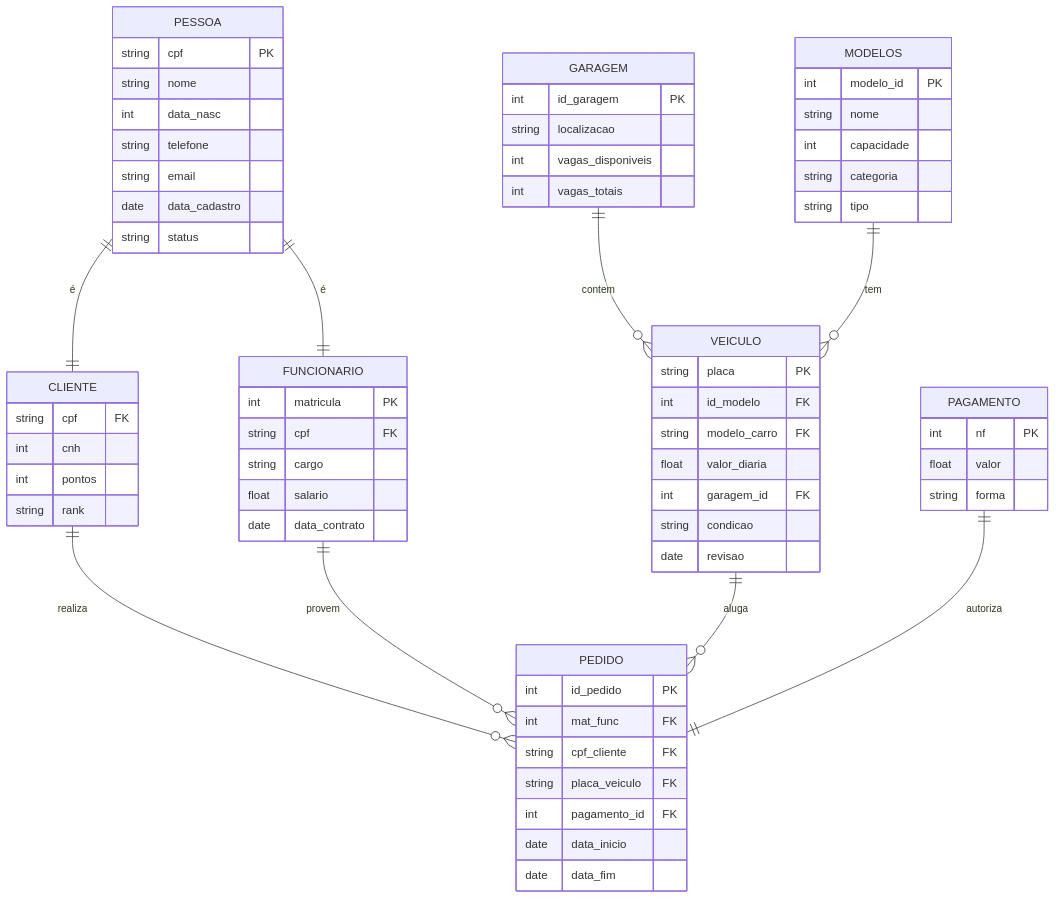
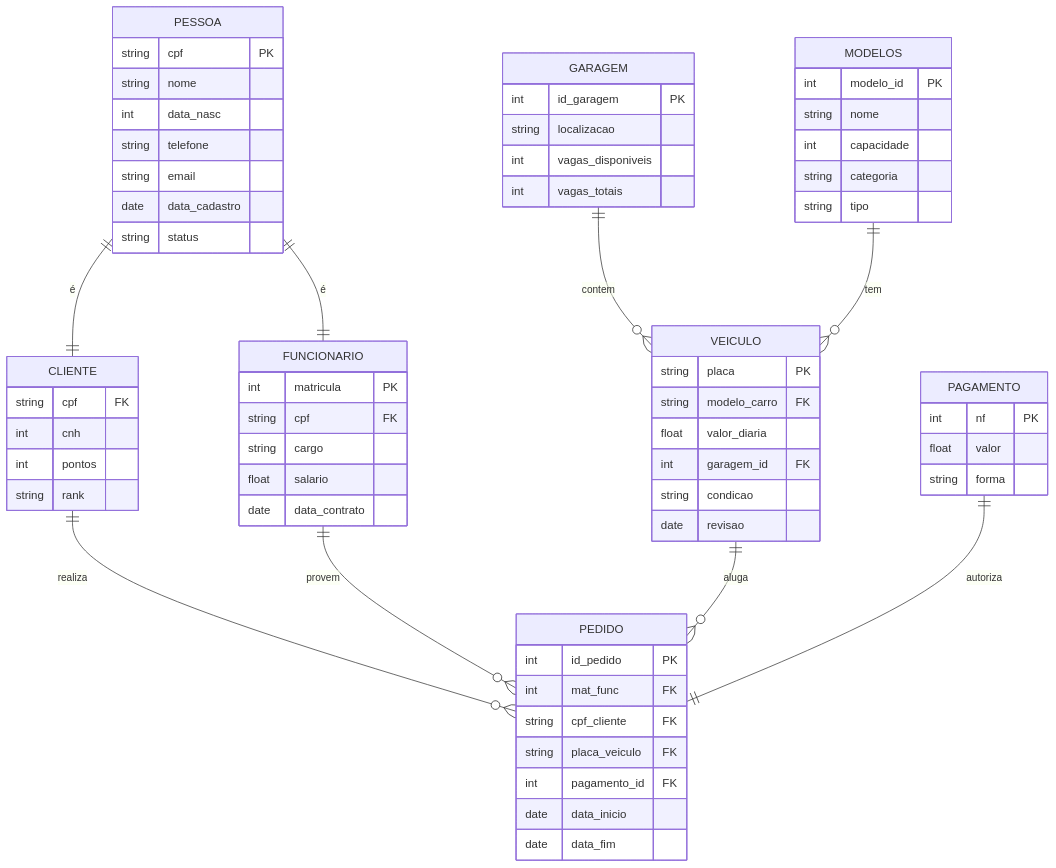
The diagram in README.md (pedro-tsa/alucar), drawn with Mermaid before and after one commit.

Commit message:
Remove id_modelo FK from VEICULO structure
Removed 'id_modelo' foreign key from VEICULO structure.

````diff
--- a/README.md
+++ b/README.md
@@ -3,81 +3,80 @@
 ```mermaid
     erDiagram
 
 PESSOA {
     string cpf PK
     string nome
     int data_nasc
     string telefone
     string email
     date data_cadastro
     string status
 }
 
 CLIENTE {
     string cpf FK
     int cnh
     int pontos
     string rank
 }
 
 FUNCIONARIO {
     int matricula PK
     string cpf FK
     string cargo
     float salario
     date data_contrato
 }
 
 VEICULO {
     string placa PK
-    int id_modelo FK
     string modelo_carro FK
     float valor_diaria
     int garagem_id FK
     string condicao
     date revisao
 }
 
 MODELOS {
     int modelo_id PK
     string nome
     int capacidade
     string categoria
     string tipo
 }
 
 GARAGEM {
     int id_garagem PK
     string localizacao
     int vagas_disponiveis
     int vagas_totais
 }
 
 PAGAMENTO {
     int nf PK
     float valor
     string forma
 }
 
 PEDIDO {
     int id_pedido PK
     int mat_func FK
     string cpf_cliente FK
     string placa_veiculo FK
     int pagamento_id FK
     date data_inicio
     date data_fim
 }
 PESSOA ||--|| CLIENTE : "é"
 PESSOA ||--|| FUNCIONARIO : "é"
 
 GARAGEM ||--o{ VEICULO : contem
 MODELOS ||--o{ VEICULO : tem
 
 CLIENTE ||--o{ PEDIDO : realiza
 FUNCIONARIO ||--o{ PEDIDO : provem
 VEICULO ||--o{ PEDIDO : aluga
 
 PAGAMENTO ||--|| PEDIDO : autoriza
 
 ```
````
